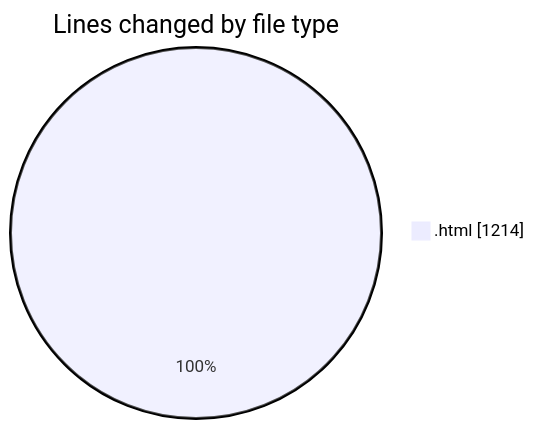
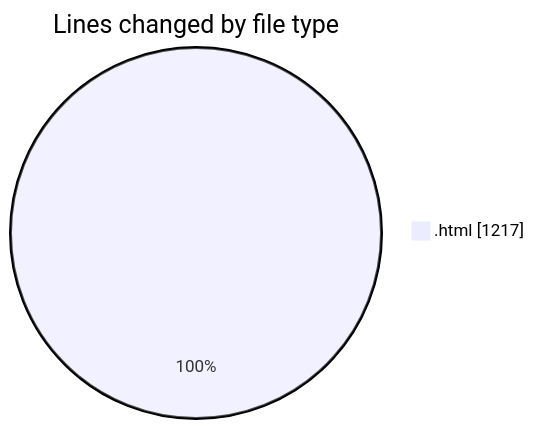
Before and after one commit to vahidmafi/code-tracking: the first of 2 diagrams in 2025-09-06/www/README.md, drawn with Mermaid. The commit also changed other lines of this file and 1 other file, not shown here.

````diff
--- a/2025-09-06/www/README.md
+++ b/2025-09-06/www/README.md
@@ -21,5 +21,5 @@
 ```mermaid
 pie showData
 title Lines changed by file type
-".html" : 1214
+".html" : 1217
 ```
````
